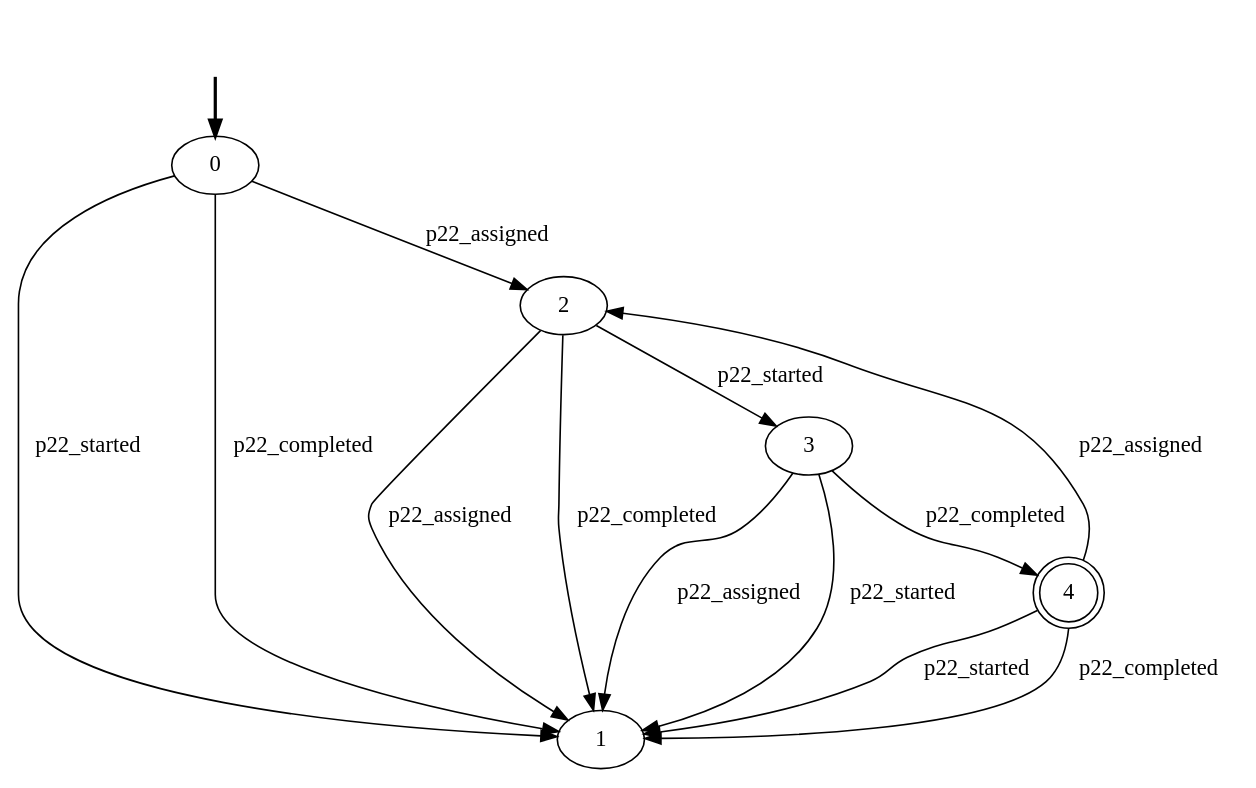
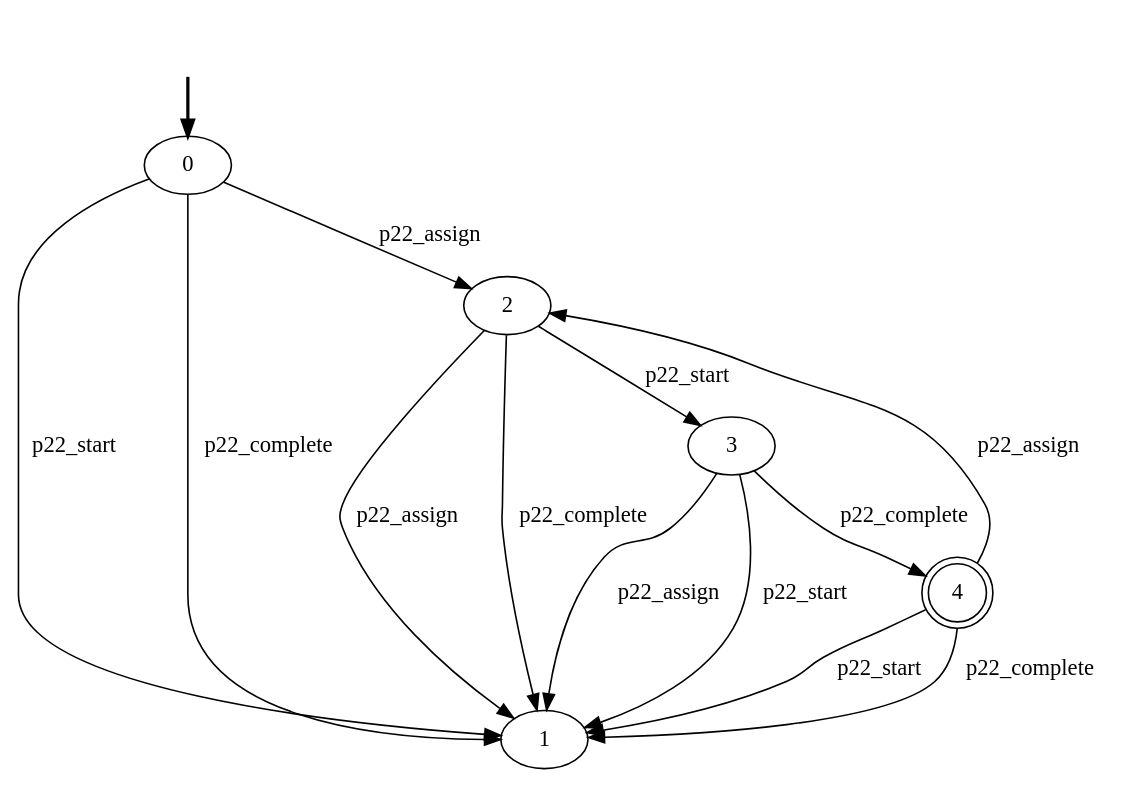
The diagram in Plan-based_Data_Aware_Declarative_Conf_Checker/resources/declarative-models/Data-Aware/5-CONSTRAINTS/p22_lifecycle.dot (GianmarcoBordin/pddlTranslator), drawn with Graphviz before and after one commit. The commit also changed 87 other files, not shown here.

```diff
--- a/Plan-based_Data_Aware_Declarative_Conf_Checker/resources/declarative-models/Data-Aware/5-CONSTRAINTS/p22_lifecycle.dot
+++ b/Plan-based_Data_Aware_Declarative_Conf_Checker/resources/declarative-models/Data-Aware/5-CONSTRAINTS/p22_lifecycle.dot
@@ -1,21 +1,21 @@
 digraph {
 		fake0 [style=invisible]
 		0 [root=true]
 		1
 		2
 		3
 		4 [shape=doublecircle]
 		fake0 -> 0 [style=bold]
-		2 -> 1 [label=p22_assigned]
-		2 -> 3 [label=p22_started]
-		2 -> 1 [label=p22_completed]
-		3 -> 1 [label=p22_assigned]
-		3 -> 1 [label=p22_started]
-		3 -> 4 [label=p22_completed]
-		4 -> 2 [label=p22_assigned]
-		4 -> 1 [label=p22_started]
-		4 -> 1 [label=p22_completed]
-		0 -> 2 [label=p22_assigned]
-		0 -> 1 [label=p22_started]
-		0 -> 1 [label=p22_completed]
+		2 -> 1 [label=p22_assign]
+		2 -> 3 [label=p22_start]
+		2 -> 1 [label=p22_complete]
+		3 -> 1 [label=p22_assign]
+		3 -> 1 [label=p22_start]
+		3 -> 4 [label=p22_complete]
+		4 -> 2 [label=p22_assign]
+		4 -> 1 [label=p22_start]
+		4 -> 1 [label=p22_complete]
+		0 -> 2 [label=p22_assign]
+		0 -> 1 [label=p22_start]
+		0 -> 1 [label=p22_complete]
 }
```
